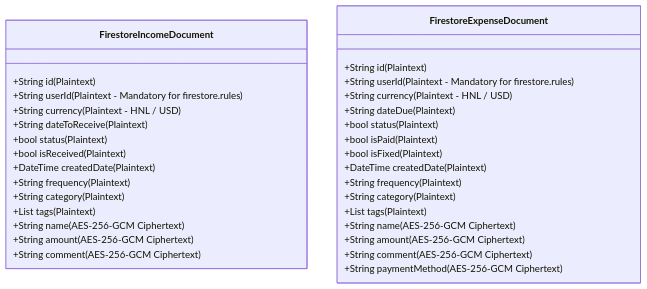
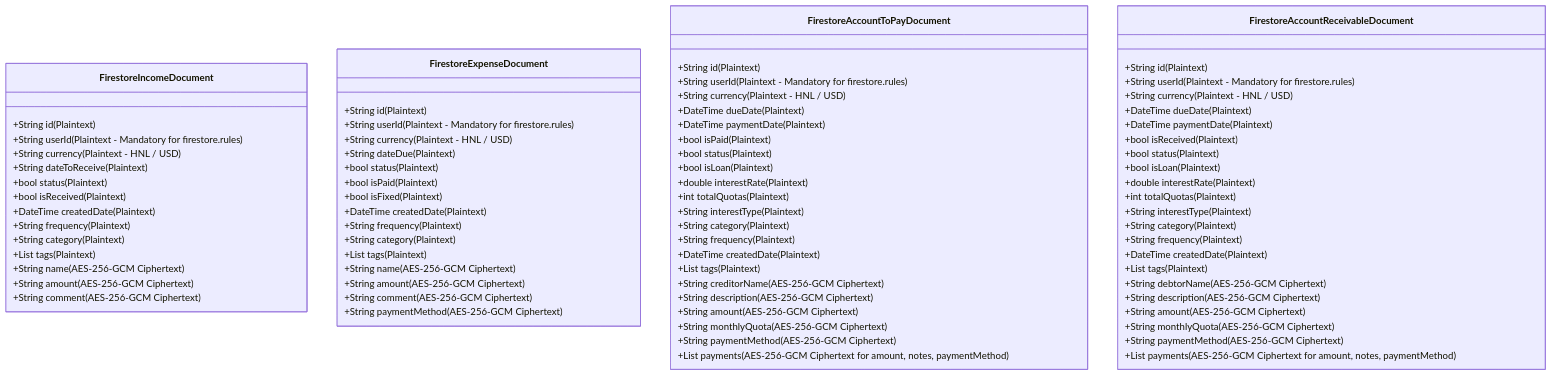
Before and after one commit to djag07907/web_personal_finances: the second of 2 diagrams in ZERO_KNOWLEDGE_ENCRYPTION.md, drawn with Mermaid. The commit also changed other lines of this file and 7 other files, not shown here.

````diff
--- a/ZERO_KNOWLEDGE_ENCRYPTION.md
+++ b/ZERO_KNOWLEDGE_ENCRYPTION.md
@@ -177,4 +177,52 @@
         +String comment (AES-256-GCM Ciphertext)
         +String paymentMethod (AES-256-GCM Ciphertext)
     }
+
+    class FirestoreAccountToPayDocument {
+        +String id (Plaintext)
+        +String userId (Plaintext - Mandatory for firestore.rules)
+        +String currency (Plaintext - HNL / USD)
+        +DateTime dueDate (Plaintext)
+        +DateTime paymentDate (Plaintext)
+        +bool isPaid (Plaintext)
+        +bool status (Plaintext)
+        +bool isLoan (Plaintext)
+        +double interestRate (Plaintext)
+        +int totalQuotas (Plaintext)
+        +String interestType (Plaintext)
+        +String category (Plaintext)
+        +String frequency (Plaintext)
+        +DateTime createdDate (Plaintext)
+        +List tags (Plaintext)
+        +String creditorName (AES-256-GCM Ciphertext)
+        +String description (AES-256-GCM Ciphertext)
+        +String amount (AES-256-GCM Ciphertext)
+        +String monthlyQuota (AES-256-GCM Ciphertext)
+        +String paymentMethod (AES-256-GCM Ciphertext)
+        +List payments (AES-256-GCM Ciphertext for amount, notes, paymentMethod)
+    }
+
+    class FirestoreAccountReceivableDocument {
+        +String id (Plaintext)
+        +String userId (Plaintext - Mandatory for firestore.rules)
+        +String currency (Plaintext - HNL / USD)
+        +DateTime dueDate (Plaintext)
+        +DateTime paymentDate (Plaintext)
+        +bool isReceived (Plaintext)
+        +bool status (Plaintext)
+        +bool isLoan (Plaintext)
+        +double interestRate (Plaintext)
+        +int totalQuotas (Plaintext)
+        +String interestType (Plaintext)
+        +String category (Plaintext)
+        +String frequency (Plaintext)
+        +DateTime createdDate (Plaintext)
+        +List tags (Plaintext)
+        +String debtorName (AES-256-GCM Ciphertext)
+        +String description (AES-256-GCM Ciphertext)
+        +String amount (AES-256-GCM Ciphertext)
+        +String monthlyQuota (AES-256-GCM Ciphertext)
+        +String paymentMethod (AES-256-GCM Ciphertext)
+        +List payments (AES-256-GCM Ciphertext for amount, notes, paymentMethod)
+    }
 ```
````
